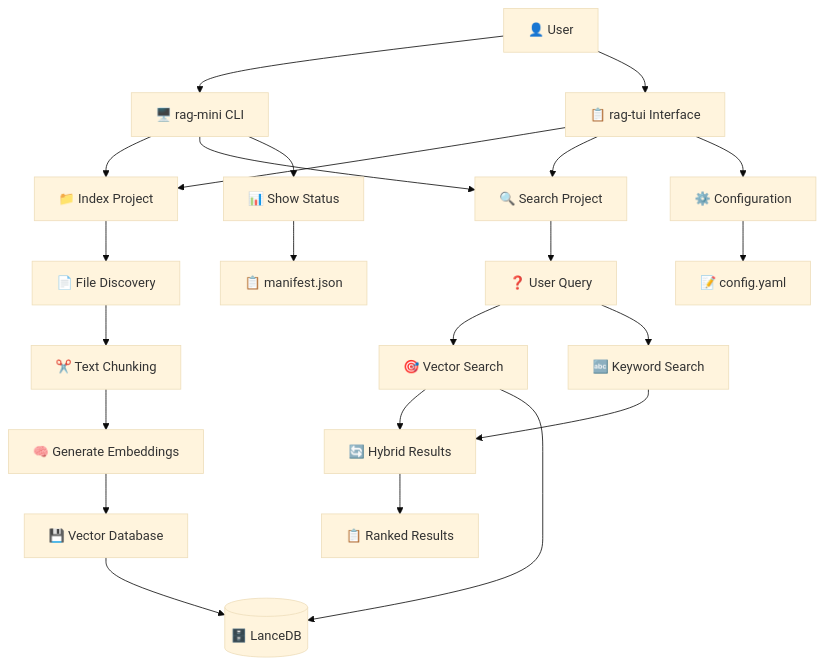
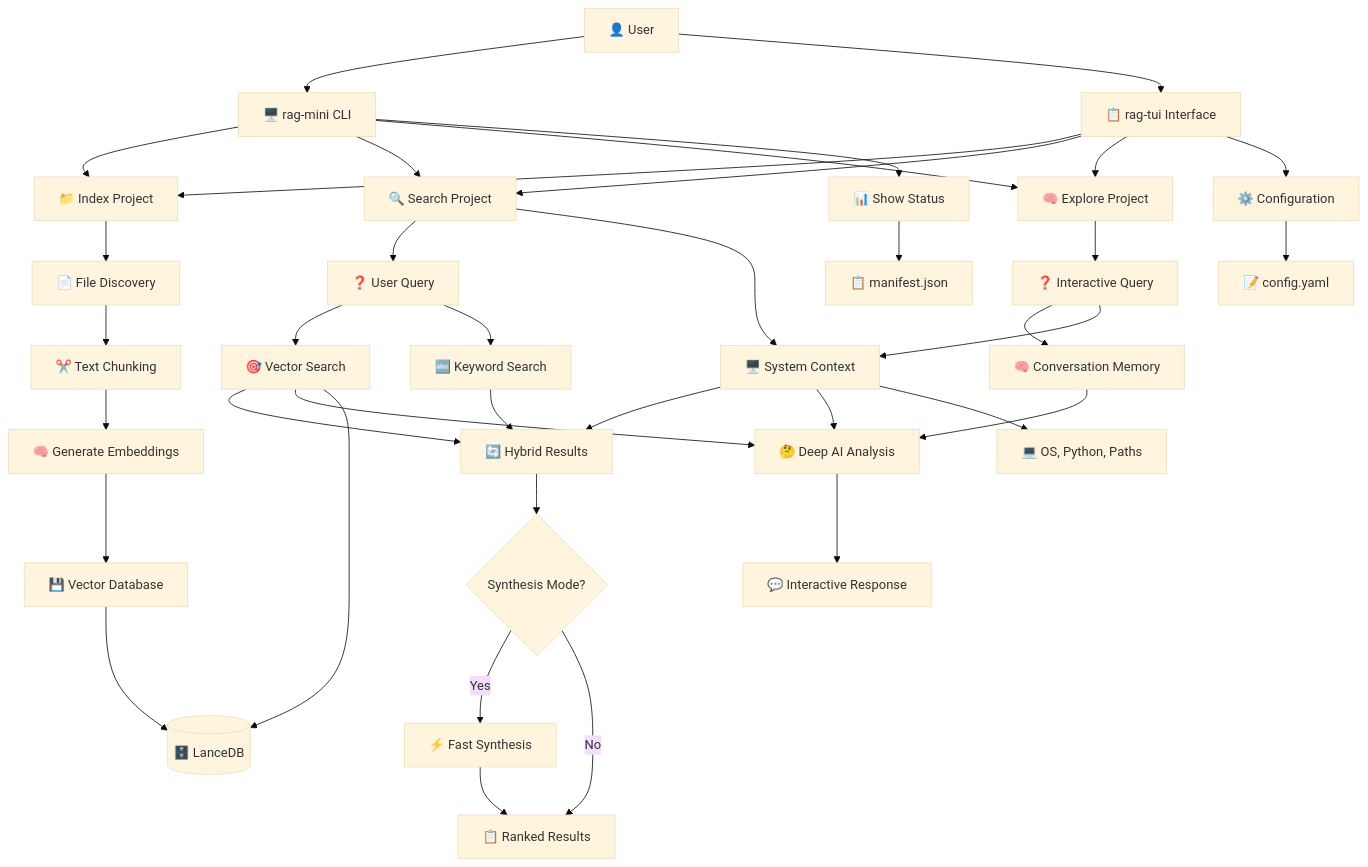
One commit to FSSCoding/Fss-Mini-Rag changed the first of 9 diagrams in docs/DIAGRAMS.md. Above: the diagram before and after it, drawn with Mermaid (base theme). The commit also changed other lines of this file and 6 other files, not shown here.

````diff
--- a/docs/DIAGRAMS.md
+++ b/docs/DIAGRAMS.md
@@ -18,31 +19,48 @@
 ```mermaid
 graph TB
     User[👤 User] --> CLI[🖥️ rag-mini CLI]
     User --> TUI[📋 rag-tui Interface]
     
     CLI --> Index[📁 Index Project]
     CLI --> Search[🔍 Search Project]
+    CLI --> Explore[🧠 Explore Project]
     CLI --> Status[📊 Show Status]
     
     TUI --> Index
     TUI --> Search
+    TUI --> Explore
     TUI --> Config[⚙️ Configuration]
     
     Index --> Files[📄 File Discovery]
     Files --> Chunk[✂️ Text Chunking]
     Chunk --> Embed[🧠 Generate Embeddings]
     Embed --> Store[💾 Vector Database]
     
     Search --> Query[❓ User Query]
+    Search --> Context[🖥️ System Context]
     Query --> Vector[🎯 Vector Search]
     Query --> Keyword[🔤 Keyword Search]
     Vector --> Combine[🔄 Hybrid Results]
     Keyword --> Combine
-    Combine --> Results[📋 Ranked Results]
+    Context --> Combine
+    Combine --> Synthesize{Synthesis Mode?}
+    
+    Synthesize -->|Yes| FastLLM[⚡ Fast Synthesis]
+    Synthesize -->|No| Results[📋 Ranked Results]
+    FastLLM --> Results
+    
+    Explore --> ExploreQuery[❓ Interactive Query]
+    ExploreQuery --> Memory[🧠 Conversation Memory]
+    ExploreQuery --> Context
+    Memory --> DeepLLM[🤔 Deep AI Analysis]
+    Context --> DeepLLM
+    Vector --> DeepLLM
+    DeepLLM --> Interactive[💬 Interactive Response]
     
     Store --> LanceDB[(🗄️ LanceDB)]
     Vector --> LanceDB
     
     Config --> YAML[📝 config.yaml]
     Status --> Manifest[📋 manifest.json]
+    Context --> SystemInfo[💻 OS, Python, Paths]
 ```
````
